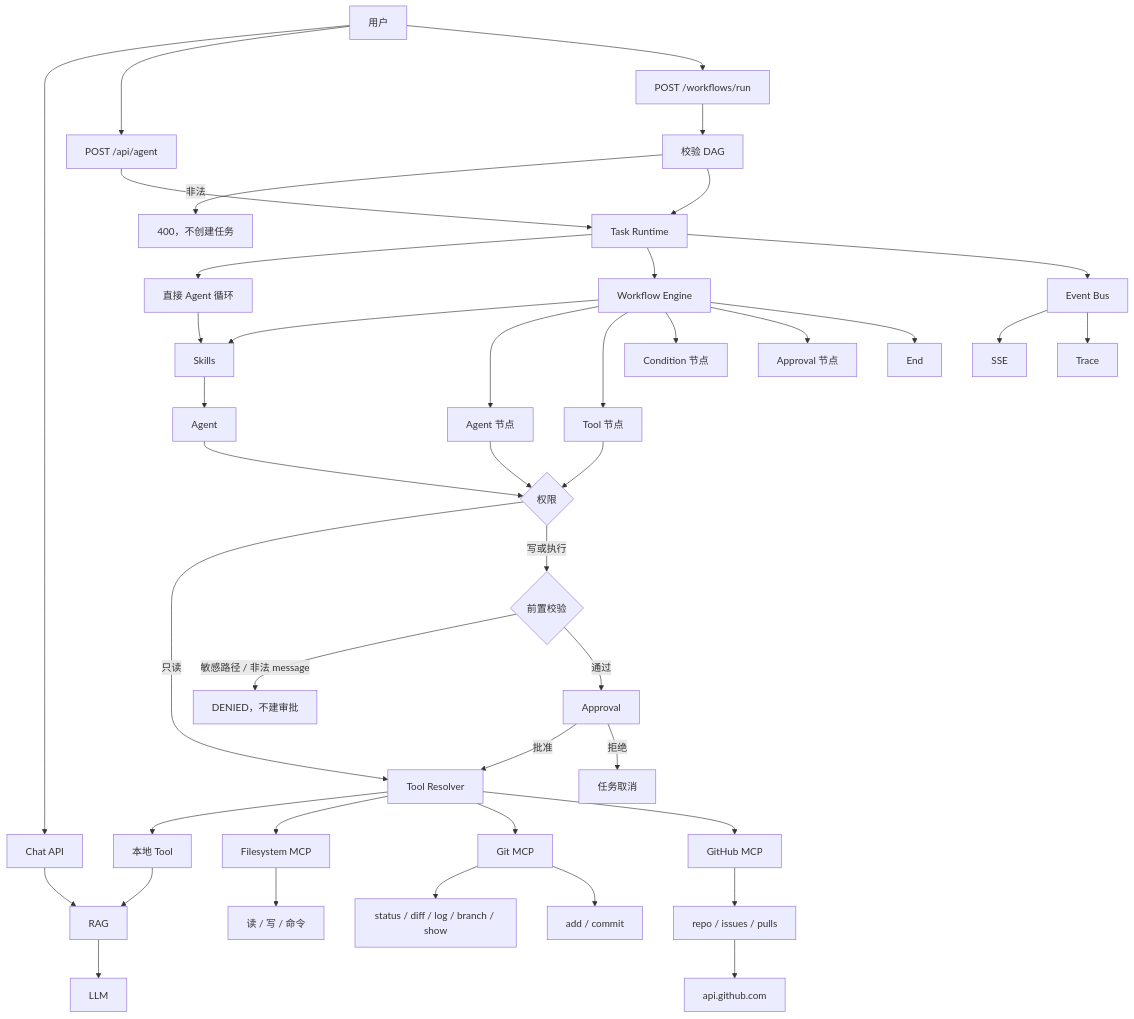
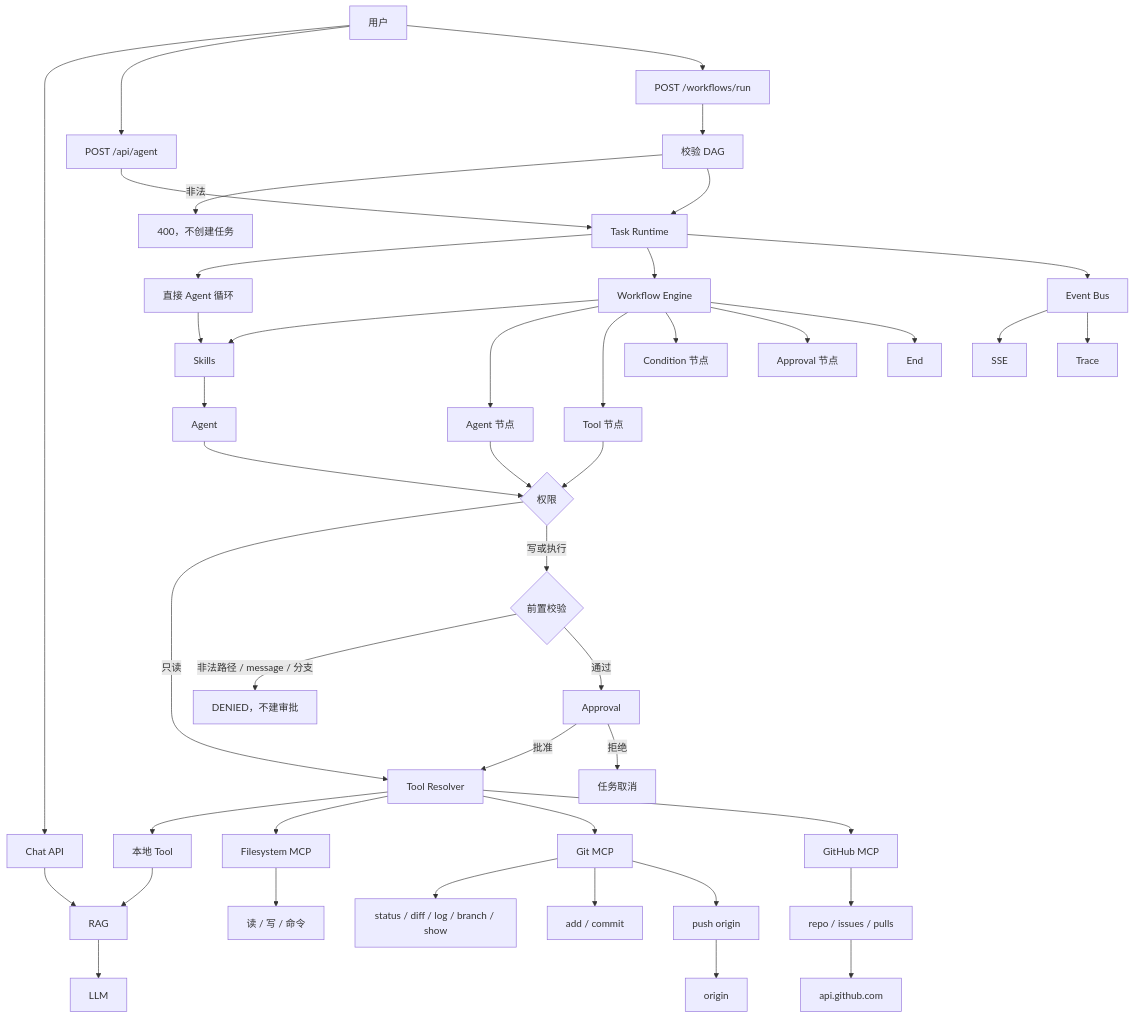
Before and after one commit to WaitingChen0117/agent-workbench: the diagram in README.md, drawn with Mermaid. The commit also changed other lines of this file and 2 other files, not shown here.

Commit message:
Add the v1.5.0 architecture as it existed when approved git push shipped.

````diff
--- a/README.md
+++ b/README.md
@@ -22,43 +22,45 @@
 ```mermaid
 flowchart TB
   user["用户"] --> chat["Chat API"]
   user --> post["POST /api/agent"]
   user --> wf["POST /workflows/run"]
   chat --> rag["RAG"] --> llm["LLM"]
   wf --> validator["校验 DAG"]
   validator -->|非法| bad["400，不创建任务"]
   validator --> runtime["Task Runtime"]
   post --> runtime
   runtime --> direct["直接 Agent 循环"]
   runtime --> engine["Workflow Engine"]
   direct --> skills["Skills"]
   engine --> skills
   skills --> agent["Agent"]
   engine --> agentNode["Agent 节点"]
   engine --> toolNode["Tool 节点"]
   engine --> cond["Condition 节点"]
   engine --> apprNode["Approval 节点"]
   engine --> endNode["End"]
   agent --> gate{"权限"}
   agentNode --> gate
   toolNode --> gate
   gate -->|只读| resolver["Tool Resolver"]
   gate -->|写或执行| guard{"前置校验"}
-  guard -->|敏感路径 / 非法 message| denied["DENIED，不建审批"]
+  guard -->|非法路径 / message / 分支| denied["DENIED，不建审批"]
   guard -->|通过| approval["Approval"]
   approval -->|批准| resolver
   approval -->|拒绝| cancel["任务取消"]
   resolver --> local["本地 Tool"]
   resolver --> fsmcp["Filesystem MCP"]
   resolver --> gitmcp["Git MCP"]
   resolver --> ghmcp["GitHub MCP"]
   local --> rag
   fsmcp --> files["读 / 写 / 命令"]
   gitmcp --> gitRead["status / diff / log / branch / show"]
   gitmcp --> gitWrite["add / commit"]
+  gitmcp --> push["push origin"]
+  push --> origin["origin"]
   ghmcp --> gh["repo / issues / pulls"]
   gh --> api["api.github.com"]
   runtime --> bus["Event Bus"]
   bus --> sse["SSE"]
   bus --> trace["Trace"]
 ```
````
